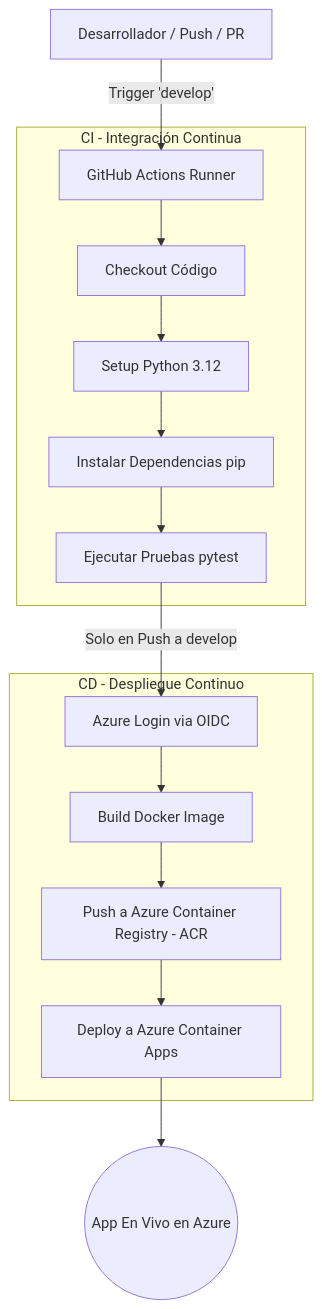
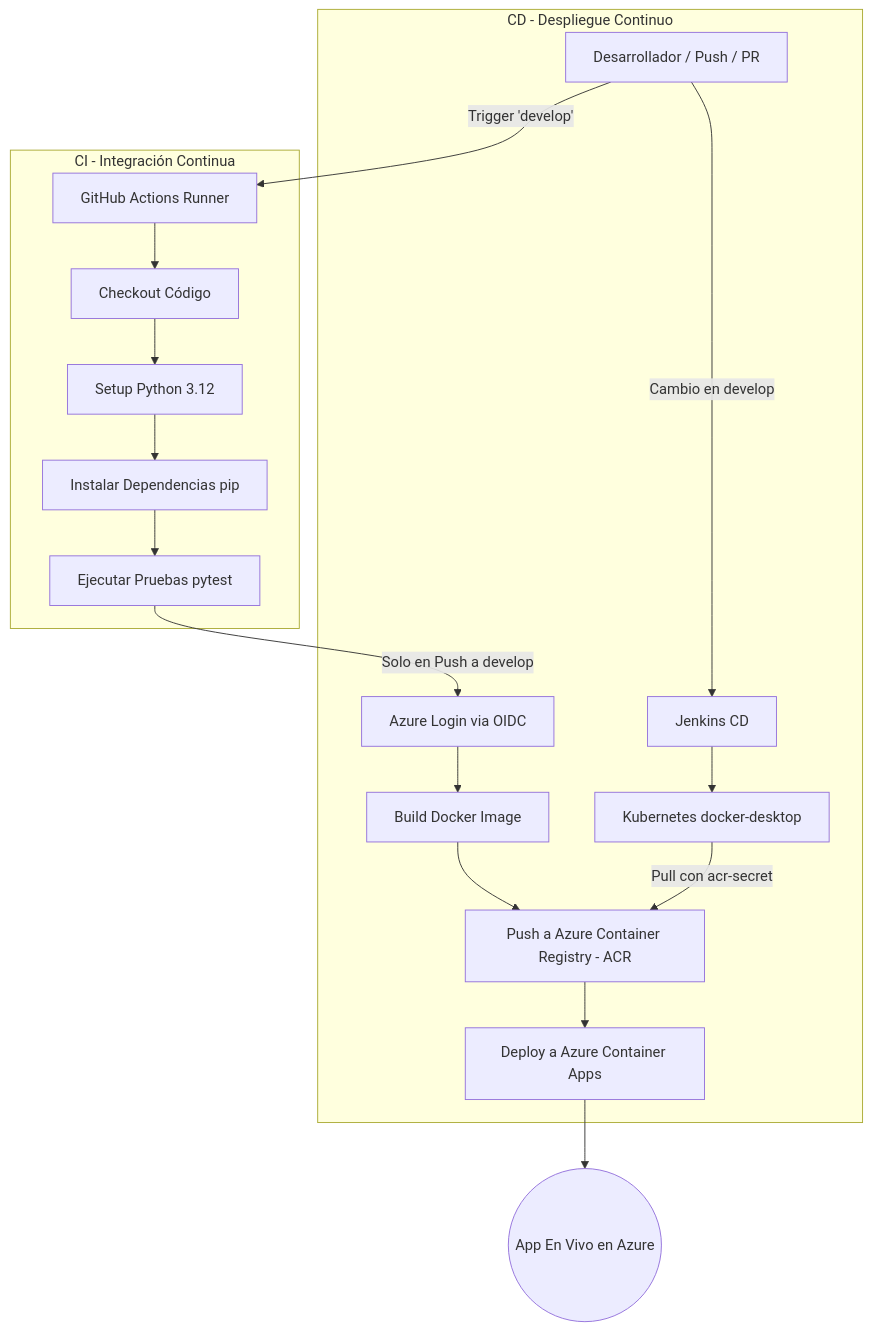
The diagram in README.md (DevOps-1-2026/devops-ci-cd-laboratorio), drawn with Mermaid before and after one commit. The commit also changed other lines of this file and 3 other files, not shown here.

Commit message:
[docs]: agregar evidencias de Jenkins y Kubernetes

````diff
--- a/README.md
+++ b/README.md
@@ -45,20 +48,23 @@
 ```mermaid
 graph TD
     A[Desarrollador / Push / PR] -->|Trigger 'develop'| B[GitHub Actions Runner]
     
     subgraph CI - Integración Continua
         B --> C[Checkout Código]
         C --> D[Setup Python 3.12]
         D --> E[Instalar Dependencias pip]
         E --> F[Ejecutar Pruebas pytest]
     end
     
     subgraph CD - Despliegue Continuo
         F -->|Solo en Push a develop| G[Azure Login via OIDC]
         G --> H[Build Docker Image]
         H --> I[Push a Azure Container Registry - ACR]
         I --> J[Deploy a Azure Container Apps]
+        A -->|Cambio en develop| L[Jenkins CD]
+        L --> M[Kubernetes docker-desktop]
+        M -->|Pull con acr-secret| I
     end
 
     J --> K(("App En Vivo en Azure"))
 ```
````
